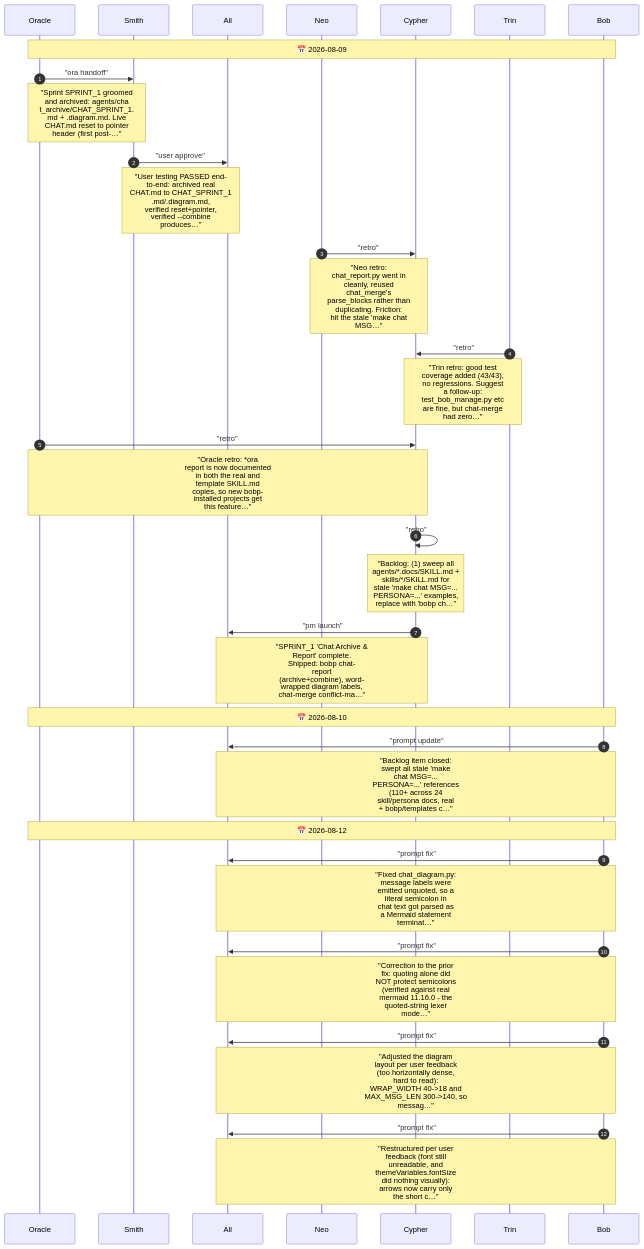
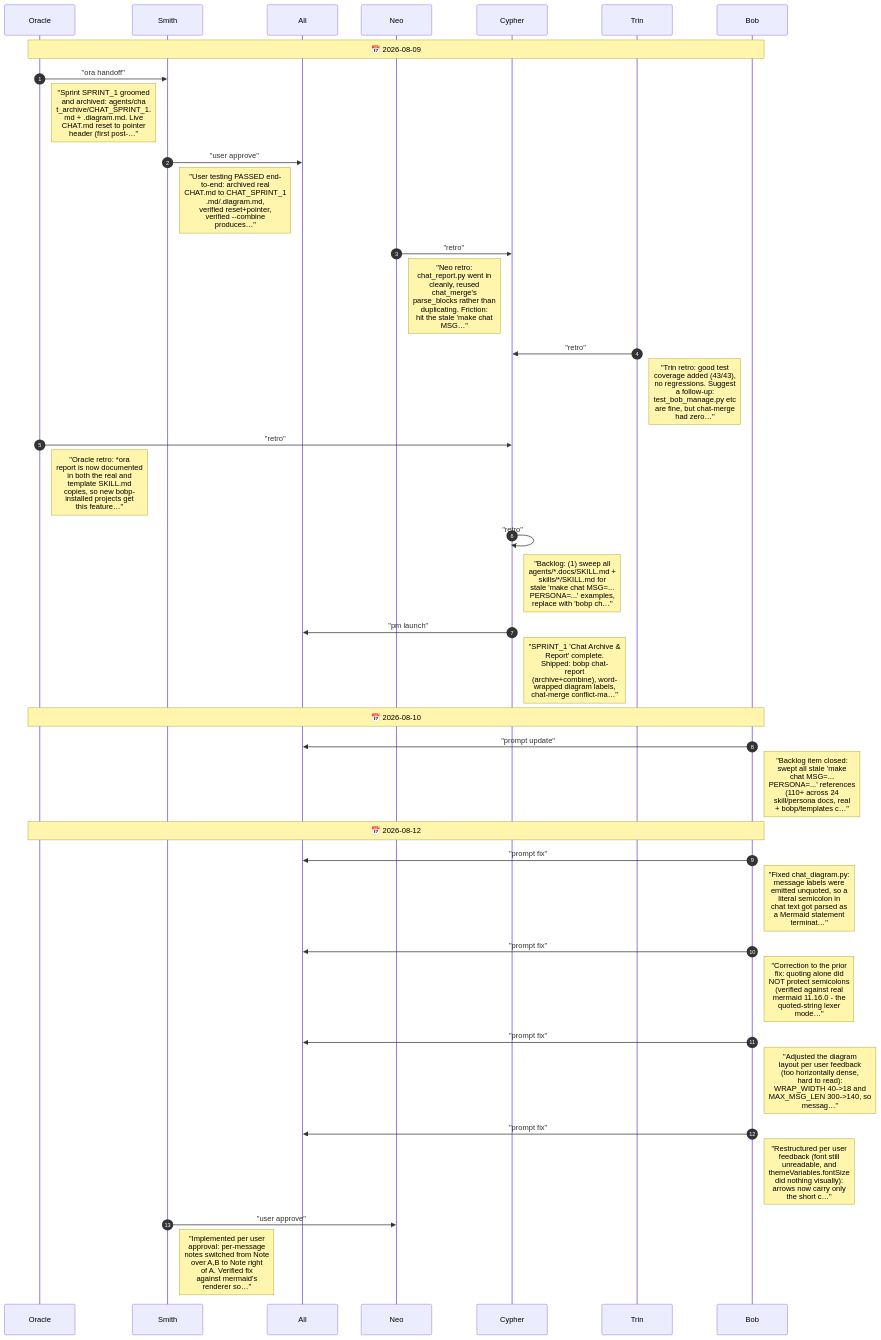
One commit to drusifer/bob_protocol changed the diagram in agents/CHAT.diagram.md. Above: the diagram before and after it, drawn with Mermaid. The commit also changed 5 other files, not shown here.

First line of the commit message:
fix(chat_diagram): anchor per-message notes to the sender, not the span

````diff
--- a/agents/CHAT.diagram.md
+++ b/agents/CHAT.diagram.md
@@ -5,39 +5,41 @@
 ```mermaid
 %%{init: {"sequence": {"messageFontSize": 14, "noteFontSize": 18, "actorFontSize": 14}}}%%
 sequenceDiagram
     autonumber
     participant Oracle
     participant Smith
     participant All
     participant Neo
     participant Cypher
     participant Trin
     participant Bob
     Note over Oracle,Bob: 📅 2026-08-09
     Oracle->>Smith: "ora handoff"
-    Note over Oracle,Smith: "Sprint SPRINT_1 groomed<br/>and archived: agents/cha<br/>t_archive/CHAT_SPRINT_1.<br/>md + .diagram.md. Live<br/>CHAT.md reset to pointer<br/>header (first post-…"
+    Note right of Oracle: "Sprint SPRINT_1 groomed<br/>and archived: agents/cha<br/>t_archive/CHAT_SPRINT_1.<br/>md + .diagram.md. Live<br/>CHAT.md reset to pointer<br/>header (first post-…"
     Smith->>All: "user approve"
-    Note over Smith,All: "User testing PASSED end-<br/>to-end: archived real<br/>CHAT.md to CHAT_SPRINT_1<br/>.md/.diagram.md,<br/>verified reset+pointer,<br/>verified --combine<br/>produces…"
+    Note right of Smith: "User testing PASSED end-<br/>to-end: archived real<br/>CHAT.md to CHAT_SPRINT_1<br/>.md/.diagram.md,<br/>verified reset+pointer,<br/>verified --combine<br/>produces…"
     Neo->>Cypher: "retro"
-    Note over Neo,Cypher: "Neo retro:<br/>chat_report.py went in<br/>cleanly, reused<br/>chat_merge's<br/>parse_blocks rather than<br/>duplicating. Friction:<br/>hit the stale 'make chat<br/>MSG…"
+    Note right of Neo: "Neo retro:<br/>chat_report.py went in<br/>cleanly, reused<br/>chat_merge's<br/>parse_blocks rather than<br/>duplicating. Friction:<br/>hit the stale 'make chat<br/>MSG…"
     Trin->>Cypher: "retro"
-    Note over Trin,Cypher: "Trin retro: good test<br/>coverage added (43/43),<br/>no regressions. Suggest<br/>a follow-up:<br/>test_bob_manage.py etc<br/>are fine, but chat-merge<br/>had zero…"
+    Note right of Trin: "Trin retro: good test<br/>coverage added (43/43),<br/>no regressions. Suggest<br/>a follow-up:<br/>test_bob_manage.py etc<br/>are fine, but chat-merge<br/>had zero…"
     Oracle->>Cypher: "retro"
-    Note over Oracle,Cypher: "Oracle retro: *ora<br/>report is now documented<br/>in both the real and<br/>template SKILL.md<br/>copies, so new bobp-<br/>installed projects get<br/>this feature…"
+    Note right of Oracle: "Oracle retro: *ora<br/>report is now documented<br/>in both the real and<br/>template SKILL.md<br/>copies, so new bobp-<br/>installed projects get<br/>this feature…"
     Cypher->>Cypher: "retro"
-    Note over Cypher,Cypher: "Backlog: (1) sweep all<br/>agents/*.docs/SKILL.md +<br/>skills/*/SKILL.md for<br/>stale 'make chat MSG=...<br/>PERSONA=...' examples,<br/>replace with 'bobp ch…"
+    Note right of Cypher: "Backlog: (1) sweep all<br/>agents/*.docs/SKILL.md +<br/>skills/*/SKILL.md for<br/>stale 'make chat MSG=...<br/>PERSONA=...' examples,<br/>replace with 'bobp ch…"
     Cypher->>All: "pm launch"
-    Note over Cypher,All: "SPRINT_1 'Chat Archive &<br/>Report' complete.<br/>Shipped: bobp chat-<br/>report<br/>(archive+combine), word-<br/>wrapped diagram labels,<br/>chat-merge conflict-ma…"
+    Note right of Cypher: "SPRINT_1 'Chat Archive &<br/>Report' complete.<br/>Shipped: bobp chat-<br/>report<br/>(archive+combine), word-<br/>wrapped diagram labels,<br/>chat-merge conflict-ma…"
     Note over Oracle,Bob: 📅 2026-08-10
     Bob->>All: "prompt update"
-    Note over Bob,All: "Backlog item closed:<br/>swept all stale 'make<br/>chat MSG=...<br/>PERSONA=...' references<br/>(110+ across 24<br/>skill/persona docs, real<br/>+ bobp/templates c…"
+    Note right of Bob: "Backlog item closed:<br/>swept all stale 'make<br/>chat MSG=...<br/>PERSONA=...' references<br/>(110+ across 24<br/>skill/persona docs, real<br/>+ bobp/templates c…"
     Note over Oracle,Bob: 📅 2026-08-12
     Bob->>All: "prompt fix"
-    Note over Bob,All: "Fixed chat_diagram.py:<br/>message labels were<br/>emitted unquoted, so a<br/>literal semicolon in<br/>chat text got parsed as<br/>a Mermaid statement<br/>terminat…"
+    Note right of Bob: "Fixed chat_diagram.py:<br/>message labels were<br/>emitted unquoted, so a<br/>literal semicolon in<br/>chat text got parsed as<br/>a Mermaid statement<br/>terminat…"
     Bob->>All: "prompt fix"
-    Note over Bob,All: "Correction to the prior<br/>fix: quoting alone did<br/>NOT protect semicolons<br/>(verified against real<br/>mermaid 11.16.0 - the<br/>quoted-string lexer<br/>mode…"
+    Note right of Bob: "Correction to the prior<br/>fix: quoting alone did<br/>NOT protect semicolons<br/>(verified against real<br/>mermaid 11.16.0 - the<br/>quoted-string lexer<br/>mode…"
     Bob->>All: "prompt fix"
-    Note over Bob,All: "Adjusted the diagram<br/>layout per user feedback<br/>(too horizontally dense,<br/>hard to read):<br/>WRAP_WIDTH 40->18 and<br/>MAX_MSG_LEN 300->140, so<br/>messag…"
+    Note right of Bob: "Adjusted the diagram<br/>layout per user feedback<br/>(too horizontally dense,<br/>hard to read):<br/>WRAP_WIDTH 40->18 and<br/>MAX_MSG_LEN 300->140, so<br/>messag…"
     Bob->>All: "prompt fix"
-    Note over Bob,All: "Restructured per user<br/>feedback (font still<br/>unreadable, and<br/>themeVariables.fontSize<br/>did nothing visually):<br/>arrows now carry only<br/>the short c…"
+    Note right of Bob: "Restructured per user<br/>feedback (font still<br/>unreadable, and<br/>themeVariables.fontSize<br/>did nothing visually):<br/>arrows now carry only<br/>the short c…"
+    Smith->>Neo: "user approve"
+    Note right of Smith: "Implemented per user<br/>approval: per-message<br/>notes switched from Note<br/>over A,B to Note right<br/>of A. Verified fix<br/>against mermaid's<br/>renderer so…"
 ```
````
